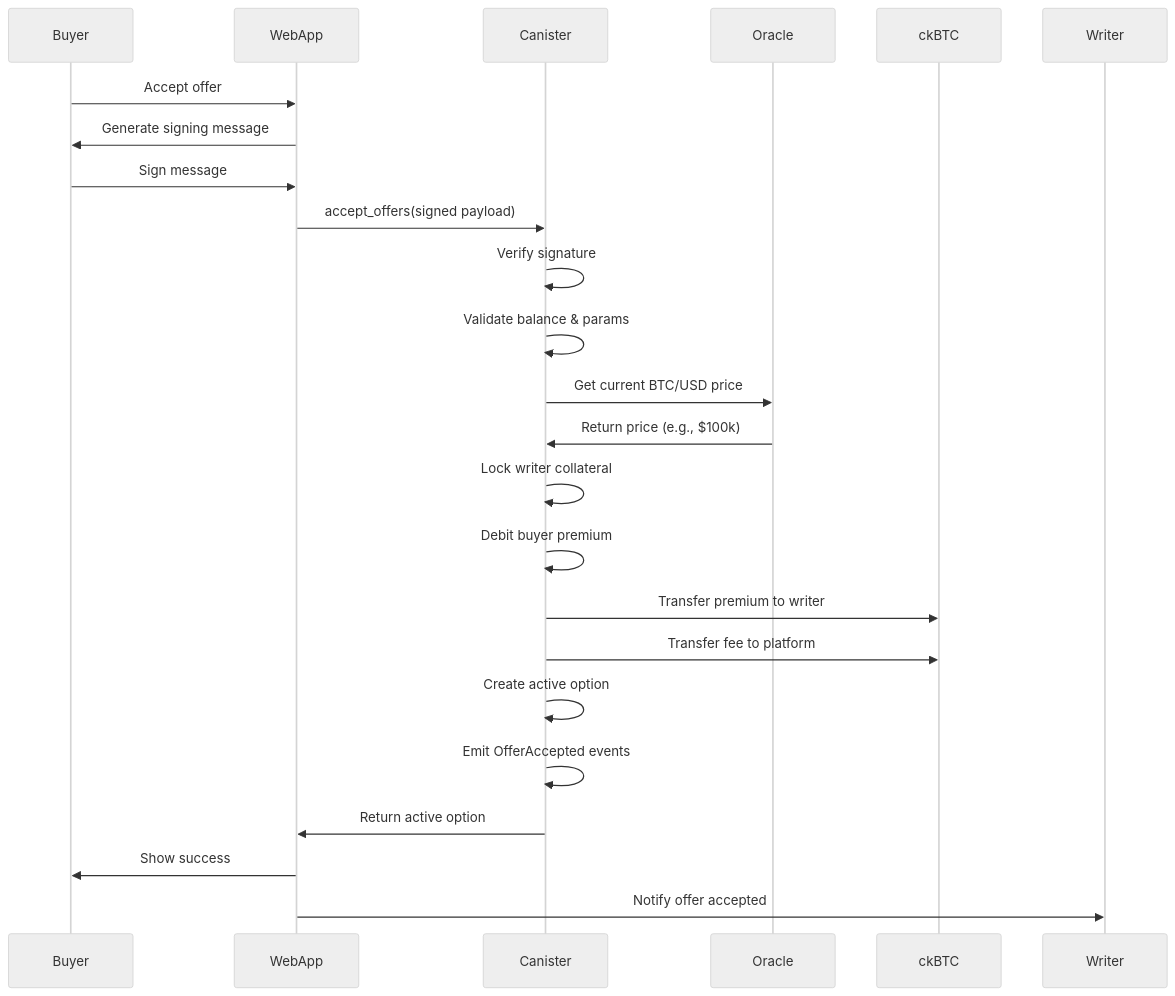
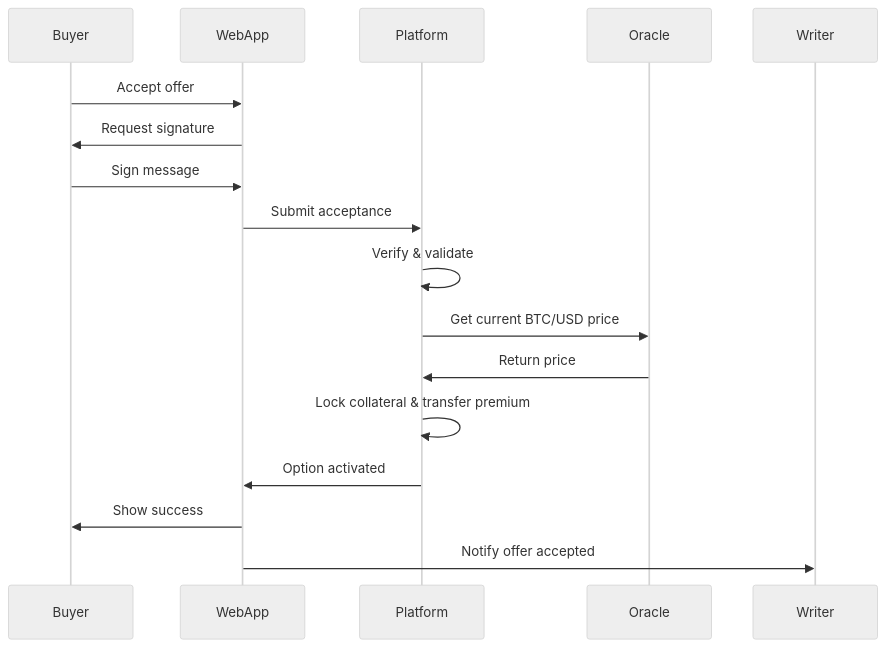
The third of 4 diagrams in apps/docs/docs/architecture/overview.md (isometricfi/isometric-mono), drawn with Mermaid (neutral theme) before and after one commit. The commit also changed other lines of this file and 9 other files, not shown here.

````diff
--- a/apps/docs/docs/architecture/overview.md
+++ b/apps/docs/docs/architecture/overview.md
@@ -115,27 +111,20 @@
 ```mermaid
 sequenceDiagram
     participant Buyer
     participant WebApp
-    participant Canister
+    participant Platform
     participant Oracle
-    participant ckBTC
     participant Writer
     
     Buyer->>WebApp: Accept offer
-    WebApp->>Buyer: Generate signing message
+    WebApp->>Buyer: Request signature
     Buyer->>WebApp: Sign message
-    WebApp->>Canister: accept_offers(signed payload)
-    Canister->>Canister: Verify signature
-    Canister->>Canister: Validate balance & params
-    Canister->>Oracle: Get current BTC/USD price
-    Oracle->>Canister: Return price (e.g., $100k)
-    Canister->>Canister: Lock writer collateral
-    Canister->>Canister: Debit buyer premium
-    Canister->>ckBTC: Transfer premium to writer
-    Canister->>ckBTC: Transfer fee to platform
-    Canister->>Canister: Create active option
-    Canister->>Canister: Emit OfferAccepted events
-    Canister->>WebApp: Return active option
+    WebApp->>Platform: Submit acceptance
+    Platform->>Platform: Verify & validate
+    Platform->>Oracle: Get current BTC/USD price
+    Oracle->>Platform: Return price
+    Platform->>Platform: Lock collateral & transfer premium
+    Platform->>WebApp: Option activated
     WebApp->>Buyer: Show success
     WebApp->>Writer: Notify offer accepted
 ```
````
